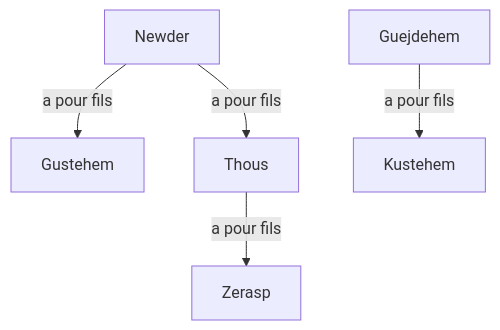
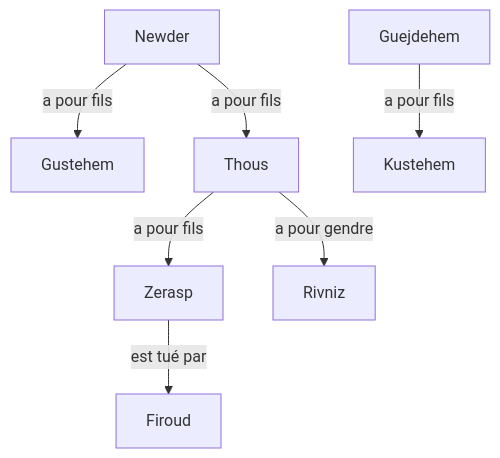
Before and after one commit to hdorgeval/le-livre-des-rois: the diagram in src/graphs/newder/newder.mmd, drawn with Mermaid. The commit also changed 3 other files, not shown here.

```diff
--- a/src/graphs/newder/newder.mmd
+++ b/src/graphs/newder/newder.mmd
@@ -1,5 +1,7 @@
 graph TD
 Newder --a pour fils--> Gustehem
 Newder --a pour fils--> Thous
 Guejdehem --a pour fils--> Kustehem
 Thous --a pour fils--> Zerasp
+Thous --a pour gendre--> Rivniz
+Zerasp --est tué par--> Firoud
```
